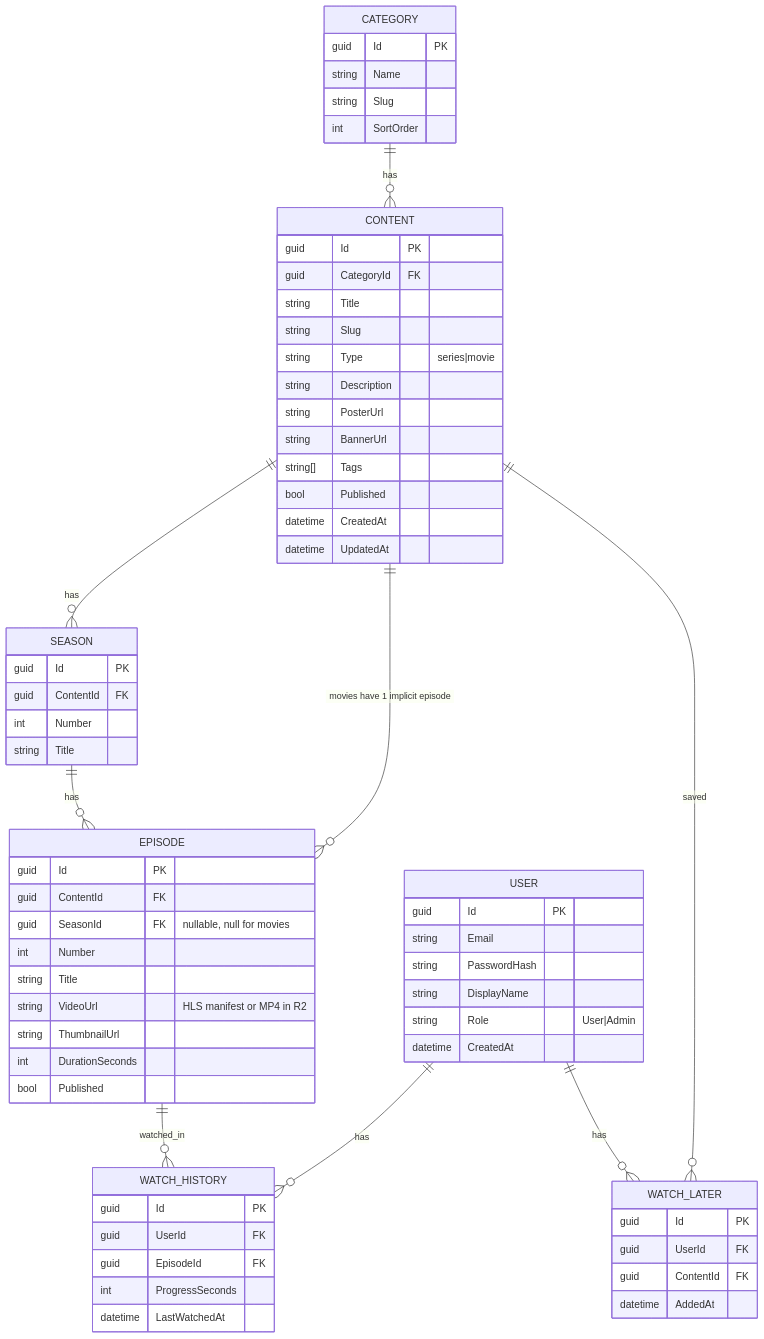
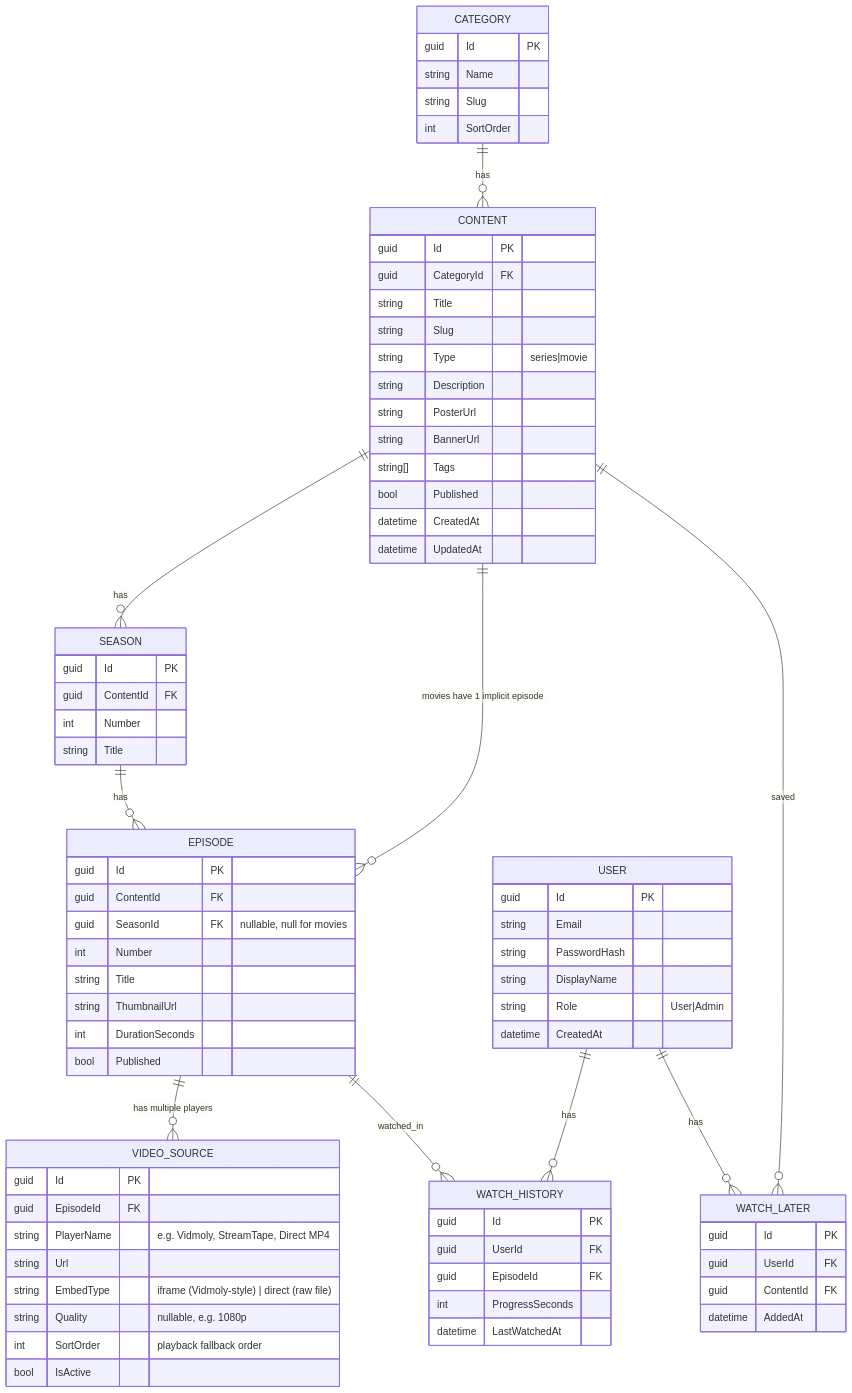
The second of 2 diagrams in ANISPEAKER_ARCHITECTURE.md (Jai1773/AniSpeaker), drawn with Mermaid before and after one commit. The commit also changed other lines of this file and 110 other files, not shown here.

````diff
--- a/ANISPEAKER_ARCHITECTURE.md
+++ b/ANISPEAKER_ARCHITECTURE.md
@@ -95,70 +96,80 @@
 ```mermaid
 erDiagram
     CATEGORY ||--o{ CONTENT : has
     CONTENT ||--o{ SEASON : has
     SEASON ||--o{ EPISODE : has
     CONTENT ||--o{ EPISODE : "movies have 1 implicit episode"
+    EPISODE ||--o{ VIDEO_SOURCE : "has multiple players"
     USER ||--o{ WATCH_HISTORY : has
     USER ||--o{ WATCH_LATER : has
     EPISODE ||--o{ WATCH_HISTORY : watched_in
     CONTENT ||--o{ WATCH_LATER : saved
 
     CATEGORY {
         guid Id PK
         string Name
         string Slug
         int SortOrder
     }
     CONTENT {
         guid Id PK
         guid CategoryId FK
         string Title
         string Slug
         string Type "series|movie"
         string Description
         string PosterUrl
         string BannerUrl
         string[] Tags
         bool Published
         datetime CreatedAt
         datetime UpdatedAt
     }
     SEASON {
         guid Id PK
         guid ContentId FK
         int Number
         string Title
     }
     EPISODE {
         guid Id PK
         guid ContentId FK
         guid SeasonId FK "nullable, null for movies"
         int Number
         string Title
-        string VideoUrl "HLS manifest or MP4 in R2"
         string ThumbnailUrl
         int DurationSeconds
         bool Published
+    }
+    VIDEO_SOURCE {
+        guid Id PK
+        guid EpisodeId FK
+        string PlayerName "e.g. Vidmoly, StreamTape, Direct MP4"
+        string Url
+        string EmbedType "iframe (Vidmoly-style) | direct (raw file)"
+        string Quality "nullable, e.g. 1080p"
+        int SortOrder "playback fallback order"
+        bool IsActive
     }
     USER {
         guid Id PK
         string Email
         string PasswordHash
         string DisplayName
         string Role "User|Admin"
         datetime CreatedAt
     }
     WATCH_HISTORY {
         guid Id PK
         guid UserId FK
         guid EpisodeId FK
         int ProgressSeconds
         datetime LastWatchedAt
     }
     WATCH_LATER {
         guid Id PK
         guid UserId FK
         guid ContentId FK
         datetime AddedAt
     }
 ```
````
